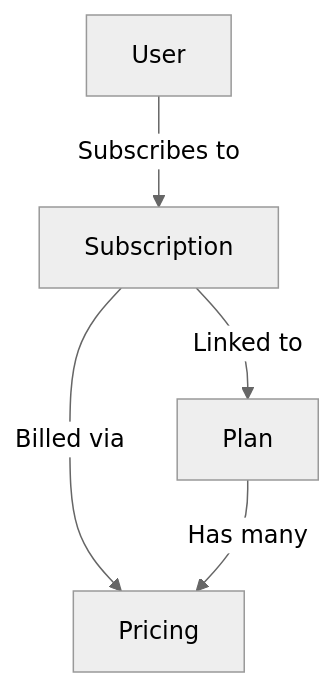
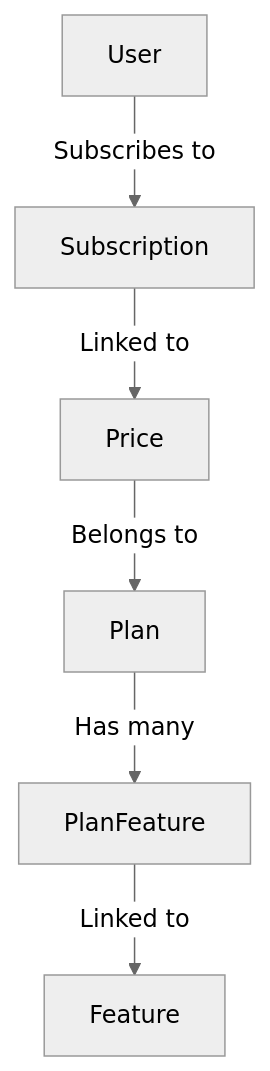
One commit to officialksolomon/opt-reeda changed the diagram in docs/pricing_prd.rst. Above: the diagram before and after it, drawn with Mermaid (neutral theme). The commit also changed other lines of this file and 28 other files, not shown here.

```diff
--- a/docs/pricing_prd.rst
+++ b/docs/pricing_prd.rst
@@ -16,7 +18,8 @@
 .. mermaid::
 
     graph TD
     A[User] -->|Subscribes to| B[Subscription]
-    B -->|Linked to| C[Plan]
-    B -->|Billed via| D[Pricing]
-    C -->|Has many| D
+    B -->|Linked to| D[Price]
+    D -->|Belongs to| C[Plan]
+    C -->|Has many| E[PlanFeature]
+    E -->|Linked to| F[Feature]
```
